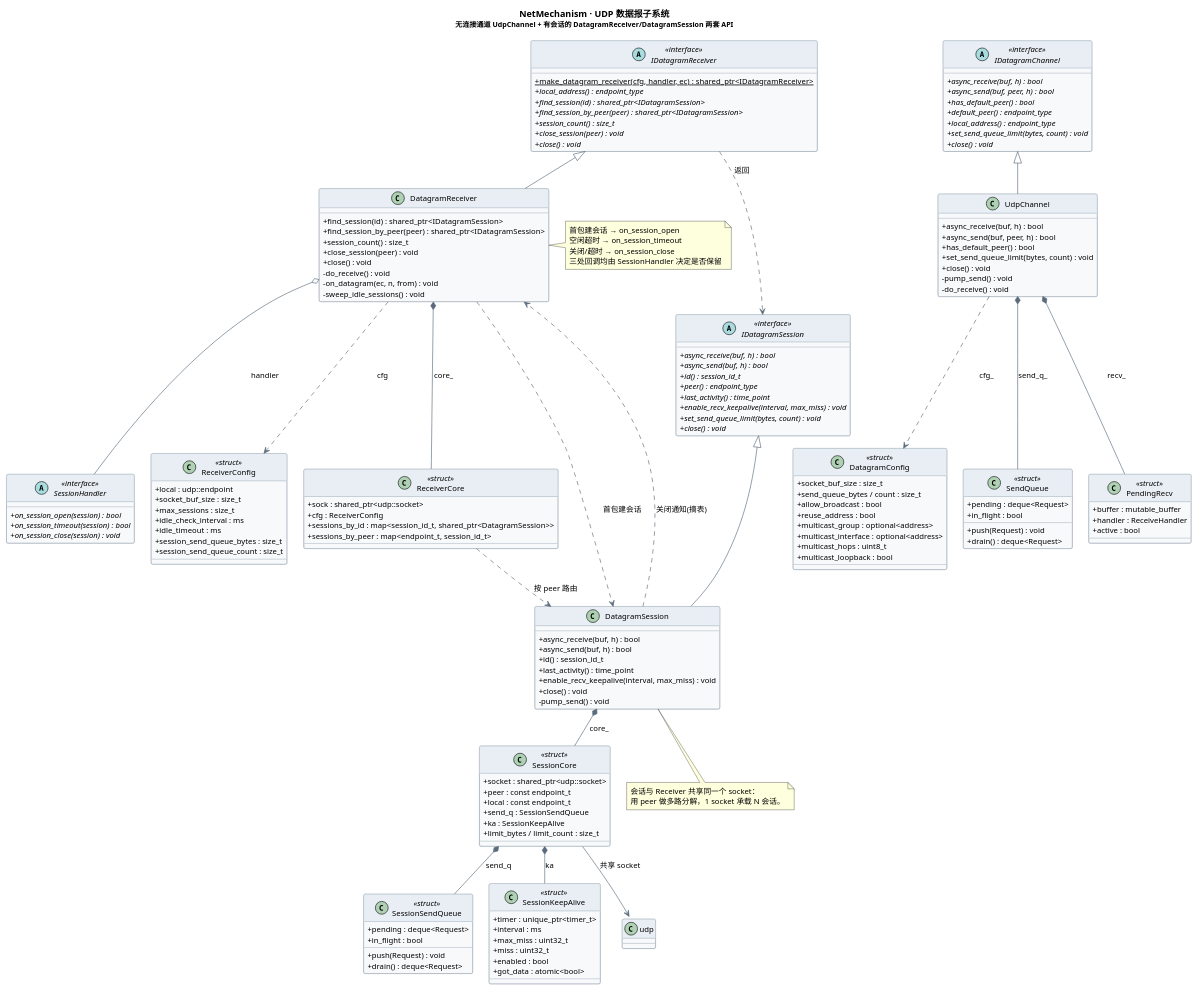
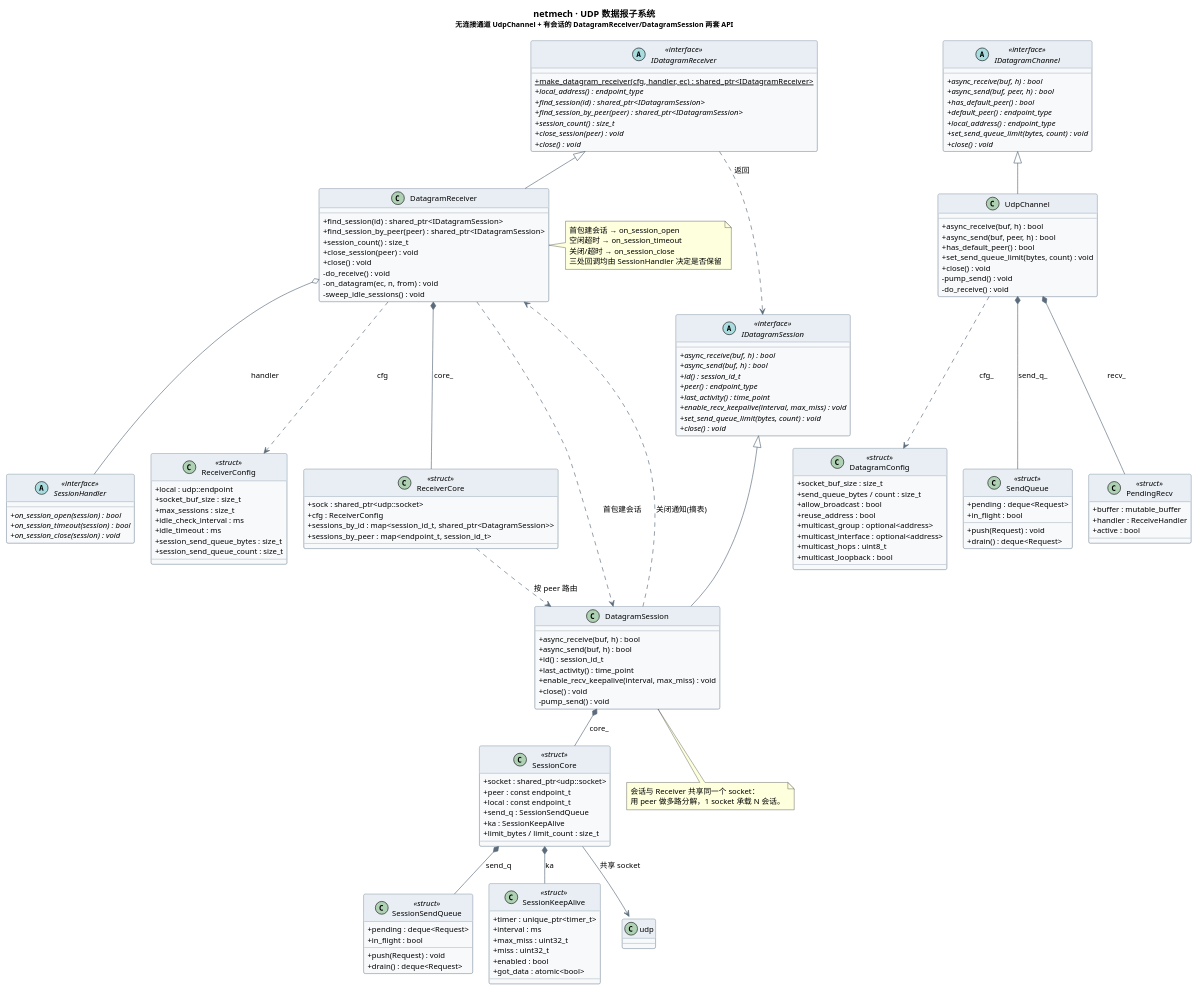
One commit to goldhalo/netmech changed the diagram in docs/design/02_datagram.puml. Above: the diagram before and after it, drawn with PlantUML. The commit also changed 59 other files, not shown here.

```diff
--- a/docs/design/02_datagram.puml
+++ b/docs/design/02_datagram.puml
@@ -1,193 +1,193 @@
 @startuml netmech_datagram
-' NetMechanism · UDP 数据报子系统
+' netmech · UDP 数据报子系统
 skinparam backgroundColor #FFFFFF
 skinparam defaultFontName "Microsoft YaHei"
 skinparam defaultFontSize 12
 skinparam classAttributeIconSize 0
 skinparam shadowing false
 skinparam nodesep 26
 skinparam ranksep 40
 skinparam ArrowColor #5B6B7B
 skinparam ClassBorderColor #7A8B9A
 skinparam ClassBackgroundColor #F7F9FB
 skinparam ClassHeaderBackgroundColor #E8EEF4
 skinparam AbstractClassBackgroundColor #EFF6EC
 skinparam AbstractClassBorderColor #6E9C5A
 
-title NetMechanism · UDP 数据报子系统\n<size:11>无连接通道 UdpChannel + 有会话的 DatagramReceiver/DatagramSession 两套 API</size>
+title netmech · UDP 数据报子系统\n<size:11>无连接通道 UdpChannel + 有会话的 DatagramReceiver/DatagramSession 两套 API</size>
 
 ' ============ 公共契约 ============
 abstract class IDatagramChannel <<interface>> {
     +{abstract} async_receive(buf, h) : bool
     +{abstract} async_send(buf, peer, h) : bool
     +{abstract} has_default_peer() : bool
     +{abstract} default_peer() : endpoint_type
     +{abstract} local_address() : endpoint_type
     +{abstract} set_send_queue_limit(bytes, count) : void
     +{abstract} close() : void
 }
 
 abstract class IDatagramSession <<interface>> {
     +{abstract} async_receive(buf, h) : bool
     +{abstract} async_send(buf, h) : bool
     +{abstract} id() : session_id_t
     +{abstract} peer() : endpoint_type
     +{abstract} last_activity() : time_point
     +{abstract} enable_recv_keepalive(interval, max_miss) : void
     +{abstract} set_send_queue_limit(bytes, count) : void
     +{abstract} close() : void
 }
 
 abstract class IDatagramReceiver <<interface>> {
     +{static} make_datagram_receiver(cfg, handler, ec) : shared_ptr<IDatagramReceiver>
     +{abstract} local_address() : endpoint_type
     +{abstract} find_session(id) : shared_ptr<IDatagramSession>
     +{abstract} find_session_by_peer(peer) : shared_ptr<IDatagramSession>
     +{abstract} session_count() : size_t
     +{abstract} close_session(peer) : void
     +{abstract} close() : void
 }
 
 abstract class SessionHandler <<interface>> {
     +{abstract} on_session_open(session) : bool
     +{abstract} on_session_timeout(session) : bool
     +{abstract} on_session_close(session) : void
 }
 
 class ReceiverConfig <<struct>> {
     +local : udp::endpoint
     +socket_buf_size : size_t
     +max_sessions : size_t
     +idle_check_interval : ms
     +idle_timeout : ms
     +session_send_queue_bytes : size_t
     +session_send_queue_count : size_t
 }
 
 class DatagramConfig <<struct>> {
     +socket_buf_size : size_t
     +send_queue_bytes / count : size_t
     +allow_broadcast : bool
     +reuse_address : bool
     +multicast_group : optional<address>
     +multicast_interface : optional<address>
     +multicast_hops : uint8_t
     +multicast_loopback : bool
 }
 
 ' ============ 无连接通道实现 ============
 class UdpChannel {
     +async_receive(buf, h) : bool
     +async_send(buf, peer, h) : bool
     +has_default_peer() : bool
     +set_send_queue_limit(bytes, count) : void
     +close() : void
     -pump_send() : void
     -do_receive() : void
 }
 
 class SendQueue <<struct>> {
     +pending : deque<Request>
     +in_flight : bool
     +push(Request) : void
     +drain() : deque<Request>
 }
 
 class PendingRecv <<struct>> {
     +buffer : mutable_buffer
     +handler : ReceiveHandler
     +active : bool
 }
 
 ' ============ 会话式接收实现 ============
 class DatagramReceiver {
     +find_session(id) : shared_ptr<IDatagramSession>
     +find_session_by_peer(peer) : shared_ptr<IDatagramSession>
     +session_count() : size_t
     +close_session(peer) : void
     +close() : void
     -do_receive() : void
     -on_datagram(ec, n, from) : void
     -sweep_idle_sessions() : void
 }
 
 class ReceiverCore <<struct>> {
     +sock : shared_ptr<udp::socket>
     +cfg : ReceiverConfig
     +sessions_by_id : map<session_id_t, shared_ptr<DatagramSession>>
     +sessions_by_peer : map<endpoint_t, session_id_t>
 }
 
 class DatagramSession {
     +async_receive(buf, h) : bool
     +async_send(buf, h) : bool
     +id() : session_id_t
     +last_activity() : time_point
     +enable_recv_keepalive(interval, max_miss) : void
     +close() : void
     -pump_send() : void
 }
 
 class SessionCore <<struct>> {
     +socket : shared_ptr<udp::socket>
     +peer : const endpoint_t
     +local : const endpoint_t
     +send_q : SessionSendQueue
     +ka : SessionKeepAlive
     +limit_bytes / limit_count : size_t
 }
 
 class SessionSendQueue <<struct>> {
     +pending : deque<Request>
     +in_flight : bool
     +push(Request) : void
     +drain() : deque<Request>
 }
 
 class SessionKeepAlive <<struct>> {
     +timer : unique_ptr<timer_t>
     +interval : ms
     +max_miss : uint32_t
     +miss : uint32_t
     +enabled : bool
     +got_data : atomic<bool>
 }
 
 ' ============ 继承 ============
 IDatagramChannel <|-- UdpChannel
 IDatagramSession <|-- DatagramSession
 IDatagramReceiver <|-- DatagramReceiver
 
 ' ============ 通道内部 ============
 UdpChannel *-- SendQueue : send_q_
 UdpChannel *-- PendingRecv : recv_
 UdpChannel ..> DatagramConfig : cfg_
 
 ' ============ 接收器内部 ============
 DatagramReceiver *-- ReceiverCore : core_
 DatagramReceiver o-- SessionHandler : handler
 DatagramReceiver ..> ReceiverConfig : cfg
 DatagramReceiver ..> DatagramSession : 首包建会话
 IDatagramReceiver ..> IDatagramSession : 返回
 
 ' ============ 会话内部 ============
 DatagramSession *-- SessionCore : core_
 SessionCore *-- SessionSendQueue : send_q
 SessionCore *-- SessionKeepAlive : ka
 SessionCore --> udp::socket : 共享 socket
 ReceiverCore ..> DatagramSession : 按 peer 路由
 DatagramSession ..> DatagramReceiver : 关闭通知(摘表)
 
 note right of DatagramReceiver
   首包建会话 → on_session_open
   空闲超时 → on_session_timeout
   关闭/超时 → on_session_close
   三处回调均由 SessionHandler 决定是否保留
 end note
 
 note bottom of DatagramSession
   会话与 Receiver 共享同一个 socket：
   用 peer 做多路分解，1 socket 承载 N 会话。
 end note
 
 @enduml
```
